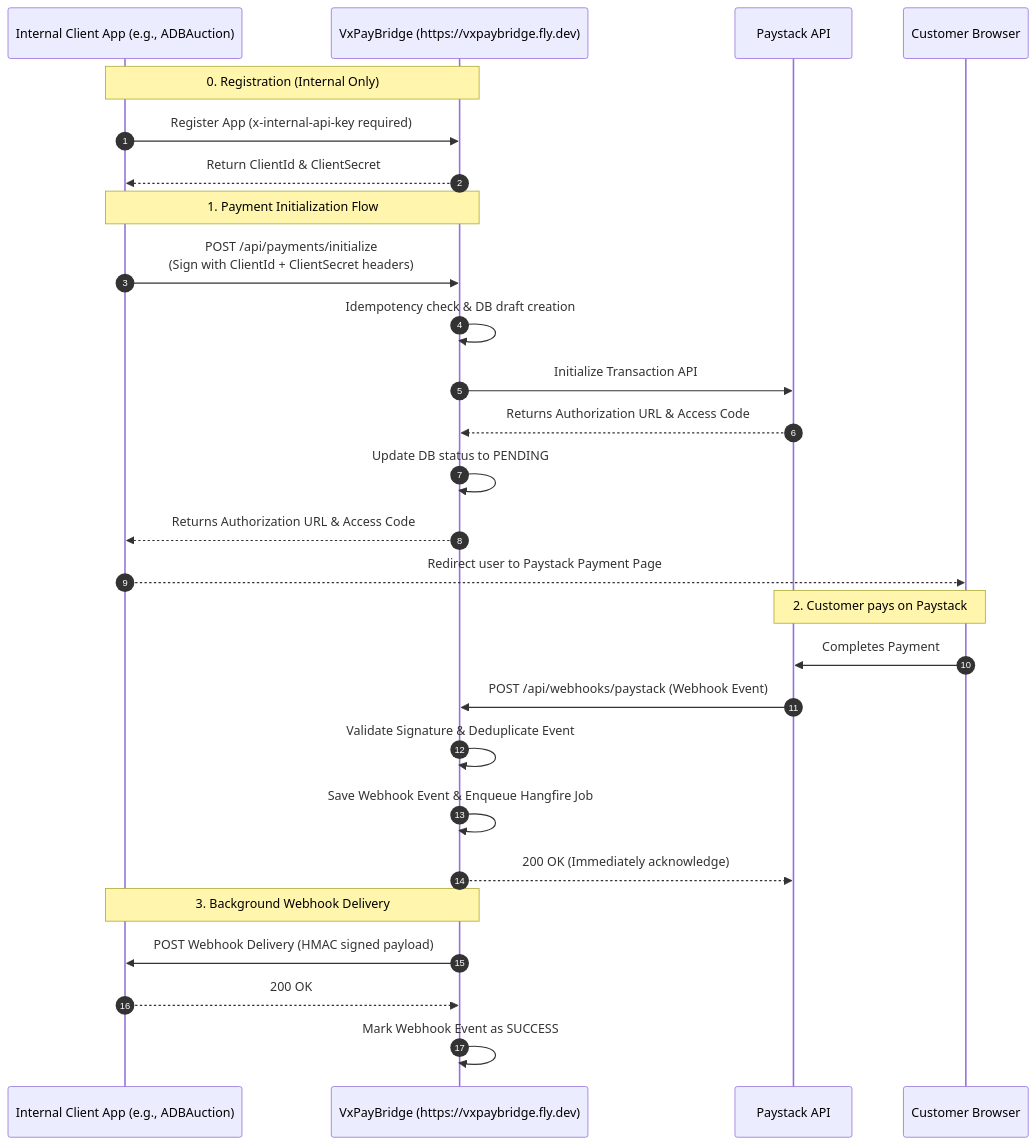
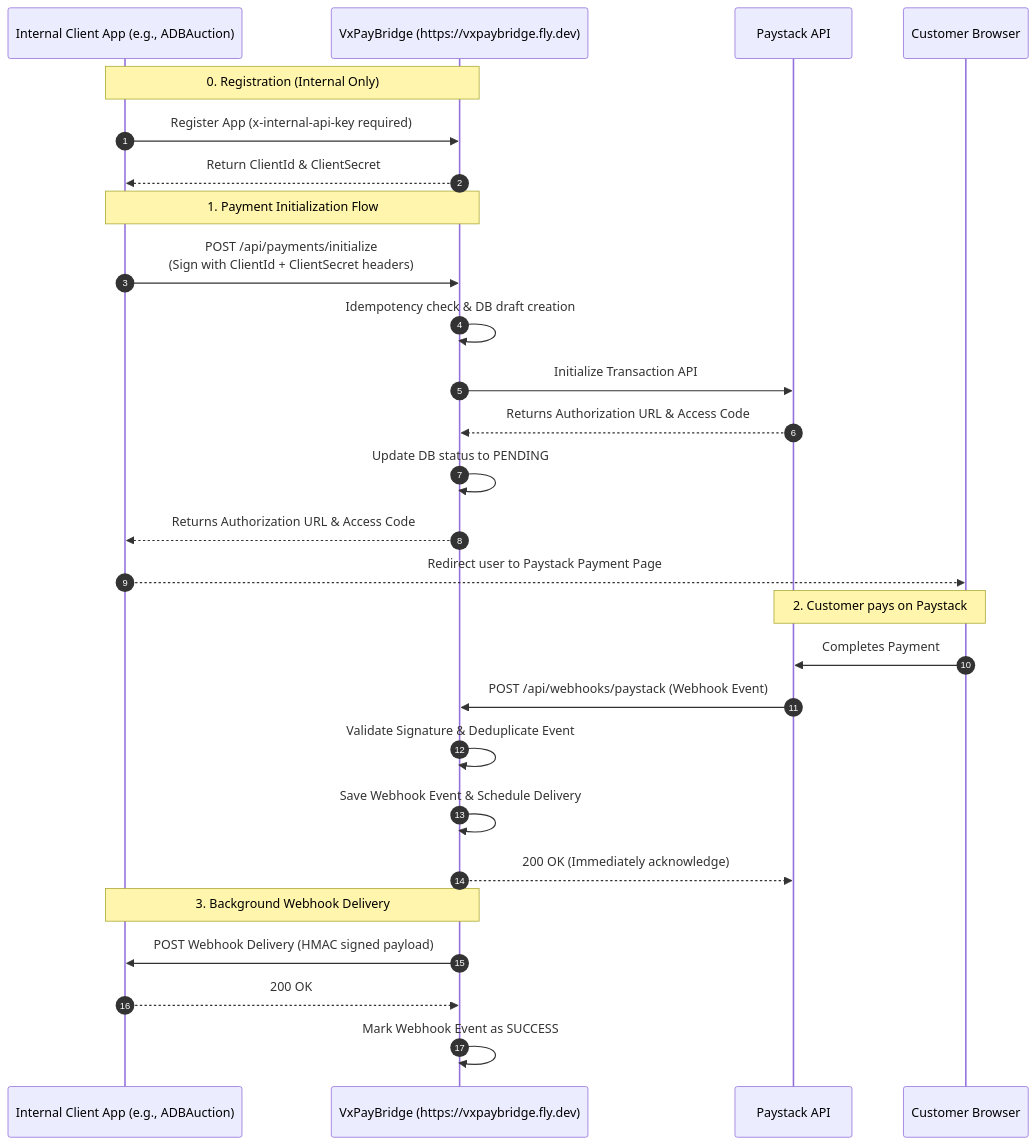
One commit to SakoeCourage/Vxpaybridge changed the diagram in doc/how-it-works.md. Above: the diagram before and after it, drawn with Mermaid. The commit also changed other lines of this file, not shown here.

Commit message:
Remove implementation-specific jargon (Hangfire) from how-it-works.md

````diff
--- a/doc/how-it-works.md
+++ b/doc/how-it-works.md
@@ -13,37 +13,37 @@
 ```mermaid
 sequenceDiagram
     autonumber
     participant ClientApp as Internal Client App (e.g., ADBAuction)
     participant Bridge as VxPayBridge (https://vxpaybridge.fly.dev)
     participant Paystack as Paystack API
     participant Customer as Customer Browser
 
     %% Client Registration
     Note over ClientApp, Bridge: 0. Registration (Internal Only)
     ClientApp->>Bridge: Register App (x-internal-api-key required)
     Bridge-->>ClientApp: Return ClientId & ClientSecret
 
     %% Payment Initialization Flow
     Note over ClientApp, Bridge: 1. Payment Initialization Flow
     ClientApp->>Bridge: POST /api/payments/initialize<br/>(Sign with ClientId + ClientSecret headers)
     Bridge->>Bridge: Idempotency check & DB draft creation
     Bridge->>Paystack: Initialize Transaction API
     Paystack-->>Bridge: Returns Authorization URL & Access Code
     Bridge->>Bridge: Update DB status to PENDING
     Bridge-->>ClientApp: Returns Authorization URL & Access Code
     ClientApp-->>Customer: Redirect user to Paystack Payment Page
 
     %% Payment Verification Flow (Webhook)
     Note over Customer, Paystack: 2. Customer pays on Paystack
     Customer->>Paystack: Completes Payment
     Paystack->>Bridge: POST /api/webhooks/paystack (Webhook Event)
     Bridge->>Bridge: Validate Signature & Deduplicate Event
-    Bridge->>Bridge: Save Webhook Event & Enqueue Hangfire Job
+    Bridge->>Bridge: Save Webhook Event & Schedule Delivery
     Bridge-->>Paystack: 200 OK (Immediately acknowledge)
 
     %% Webhook Retry / Delivery
     Note over Bridge, ClientApp: 3. Background Webhook Delivery
     Bridge->>ClientApp: POST Webhook Delivery (HMAC signed payload)
     ClientApp-->>Bridge: 200 OK
     Bridge->>Bridge: Mark Webhook Event as SUCCESS
 ```
````
